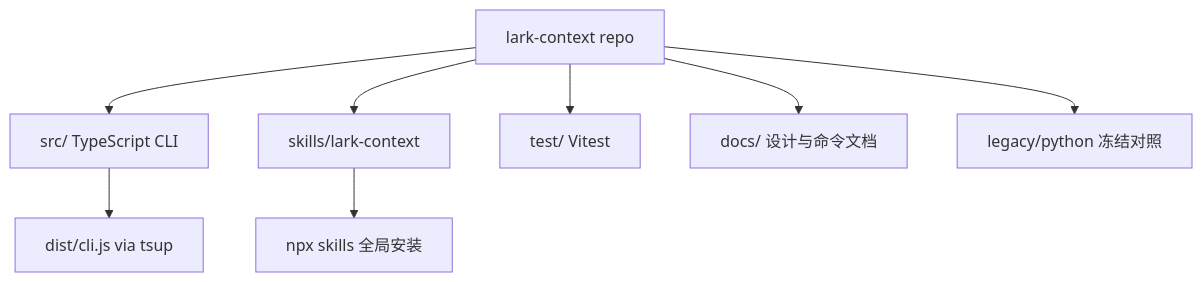
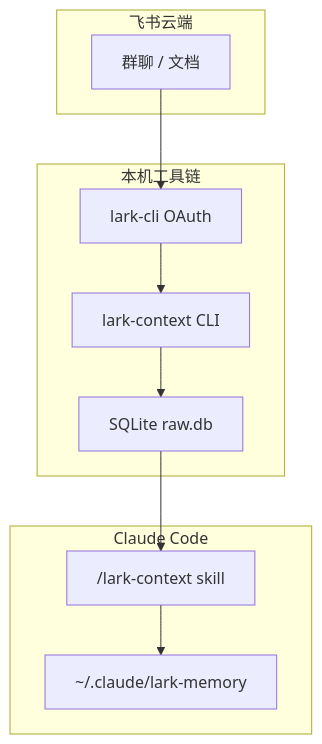
One commit to dragonforce2010/awesome-ai-repos-deepwiki changed the diagram in project-wiki/lark-context/pages/overview.md. Above: the diagram before and after it, drawn with Mermaid. The commit also changed other lines of this file and 27 other files, not shown here.

Commit message:
wiki(lark-context): add/update DeepWiki for lark-context

````diff
--- a/project-wiki/lark-context/pages/overview.md
+++ b/project-wiki/lark-context/pages/overview.md
@@ -546,10 +20,20 @@
 ```mermaid
-flowchart TD
-  Repo["lark-context repo"] --> TS["src/ TypeScript CLI"]
-  Repo --> Skill["skills/lark-context"]
-  Repo --> Tests["test/ Vitest"]
-  Repo --> Docs["docs/ 设计与命令文档"]
-  Repo --> Legacy["legacy/python 冻结对照"]
-  TS --> Dist["dist/cli.js via tsup"]
-  Skill --> Agents["npx skills 全局安装"]
+graph TD
+  subgraph Feishu["飞书云端"]
+    Chats["群聊 / 文档"]
+  end
+  subgraph LocalTool["本机工具链"]
+    LarkCli["lark-cli OAuth"]
+    TsCli["lark-context CLI"]
+    Db["SQLite raw.db"]
+  end
+  subgraph ClaudeSide["Claude Code"]
+    Skill["/lark-context skill"]
+    Memory["~/.claude/lark-memory"]
+  end
+  Chats --> LarkCli
+  LarkCli --> TsCli
+  TsCli --> Db
+  Db --> Skill
+  Skill --> Memory
 ```
````
